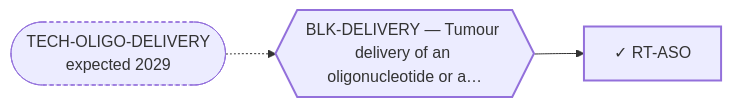
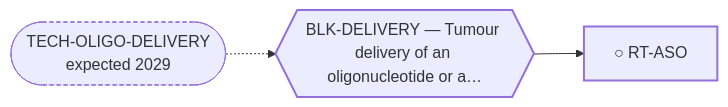
The diagram in systems/views/L2-rt-aso.md (trimcrae/Rare-cancers), drawn with Mermaid before and after one commit. The commit also changed other lines of this file and 57 other files, not shown here.

````diff
--- a/systems/views/L2-rt-aso.md
+++ b/systems/views/L2-rt-aso.md
@@ -27,12 +27,12 @@
 ```mermaid
 flowchart LR
-  RT_ASO["✓ RT-ASO"]:::fam
+  RT_ASO["○ RT-ASO"]:::fam
   BLK_DELIVERY{{"BLK-DELIVERY — Tumour delivery of an oligonucleotide or a…"}}:::blk
   BLK_DELIVERY --> RT_ASO
   TECH_OLIGO_DELIVERY(["TECH-OLIGO-DELIVERY<br/>expected 2029"]):::tech
   TECH_OLIGO_DELIVERY -.-> BLK_DELIVERY
   classDef fam stroke-width:2px;
   classDef blk stroke-width:2px;
   classDef perm stroke-width:4px;
   classDef tech stroke-width:1px,stroke-dasharray:4 3;
 ```
````
